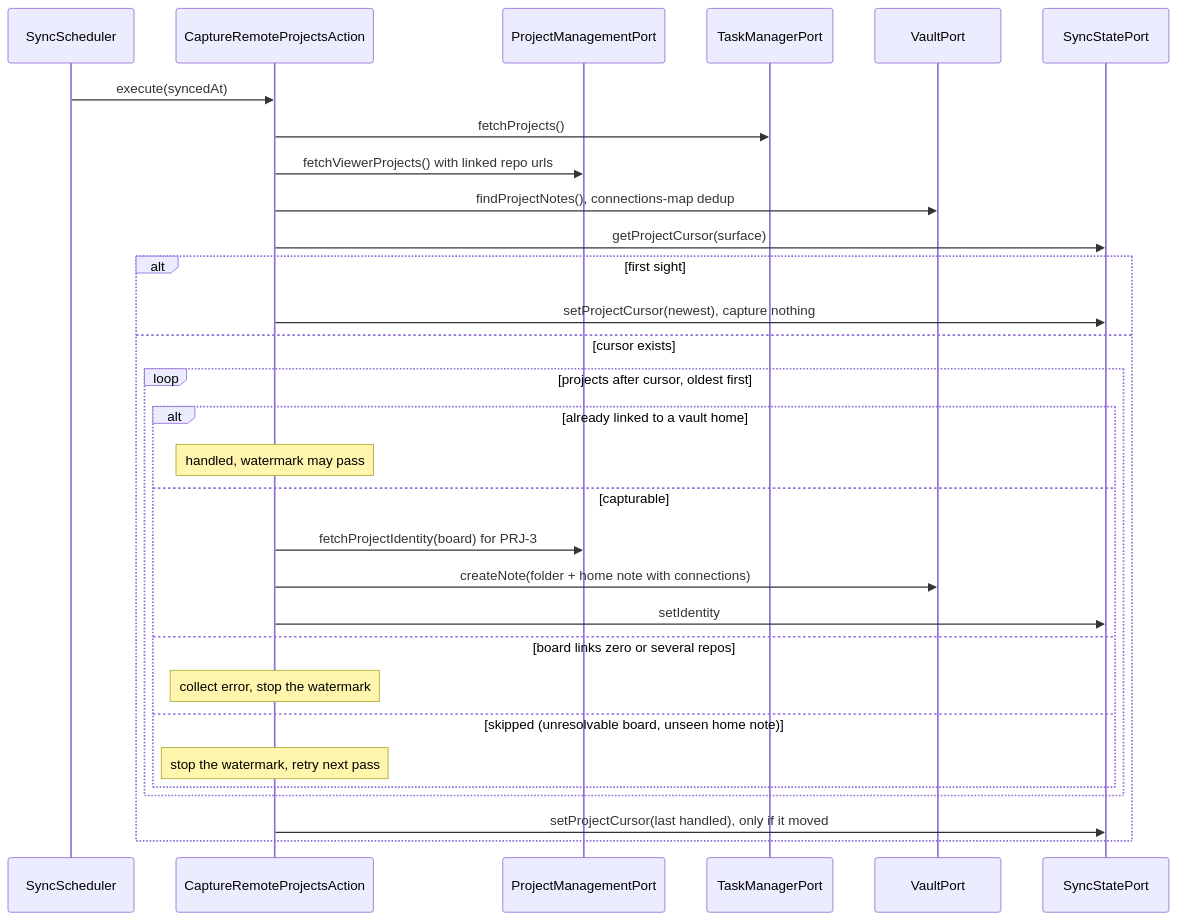
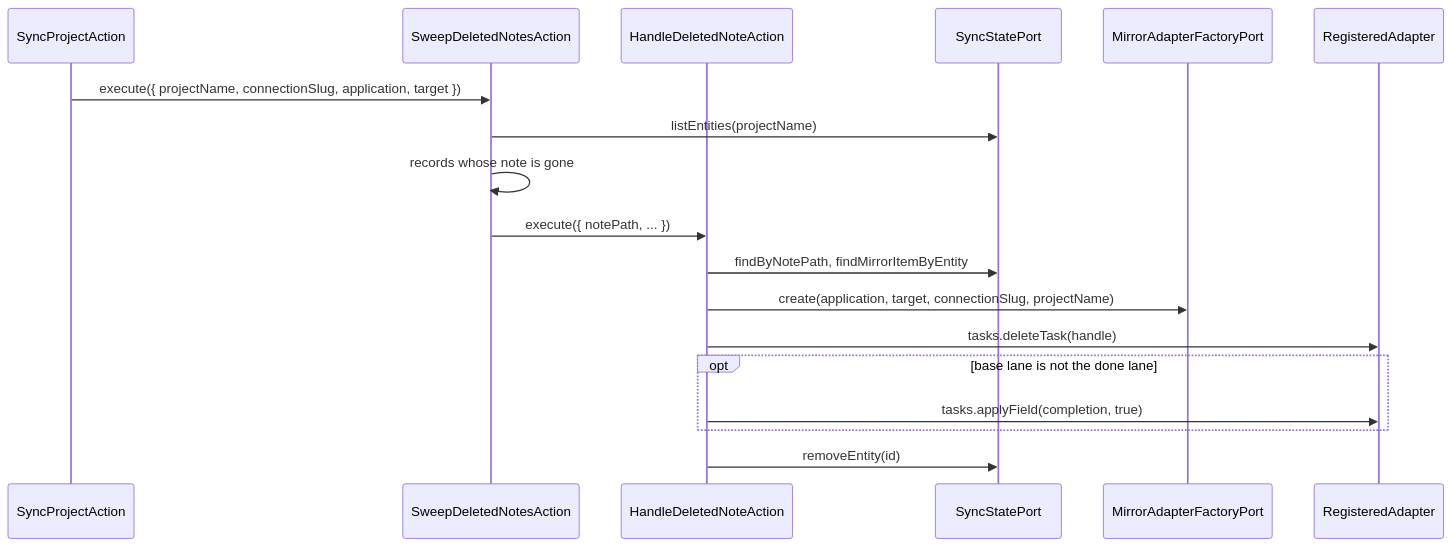
One commit to 99linesofcode/obsidian-project-management changed diagram 16 of 18 in docs/developer-manual.md. Above: the diagram before and after it, drawn with Mermaid. The commit also changed other lines of this file and 1 other file, not shown here.

First line of the commit message:
docs: rewrite the manual and architecture for the multi-adapter core

````diff
--- a/docs/developer-manual.md
+++ b/docs/developer-manual.md
@@ -767,33 +752,21 @@
 ```mermaid
 sequenceDiagram
-  participant Sched as SyncScheduler
-  participant Cap as CaptureRemoteProjectsAction
-  participant PM as ProjectManagementPort
-  participant TM as TaskManagerPort
-  participant V as VaultPort
+  participant SP as SyncProjectAction
+  participant Sweep as SweepDeletedNotesAction
+  participant HD as HandleDeletedNoteAction
   participant SS as SyncStatePort
+  participant F as MirrorAdapterFactoryPort
+  participant R as RegisteredAdapter
 
-  Sched->>Cap: execute(syncedAt)
-  Cap->>TM: fetchProjects()
-  Cap->>PM: fetchViewerProjects() with linked repo urls
-  Cap->>V: findProjectNotes(), connections-map dedup
-  Cap->>SS: getProjectCursor(surface)
-  alt first sight
-    Cap->>SS: setProjectCursor(newest), capture nothing
-  else cursor exists
-    loop projects after cursor, oldest first
-      alt already linked to a vault home
-        Note over Cap: handled, watermark may pass
-      else capturable
-        Cap->>PM: fetchProjectIdentity(board) for PRJ-3
-        Cap->>V: createNote(folder + home note with connections)
-        Cap->>SS: setIdentity
-      else board links zero or several repos
-        Note over Cap: collect error, stop the watermark
-      else skipped (unresolvable board, unseen home note)
-        Note over Cap: stop the watermark, retry next pass
-      end
-    end
-    Cap->>SS: setProjectCursor(last handled), only if it moved
+  SP->>Sweep: execute({ projectName, connectionSlug, application, target })
+  Sweep->>SS: listEntities(projectName)
+  Sweep->>Sweep: records whose note is gone
+  Sweep->>HD: execute({ notePath, ... })
+  HD->>SS: findByNotePath, findMirrorItemByEntity
+  HD->>F: create(application, target, connectionSlug, projectName)
+  HD->>R: tasks.deleteTask(handle)
+  opt base lane is not the done lane
+    HD->>R: tasks.applyField(completion, true)
   end
+  HD->>SS: removeEntity(id)
 ```
````
